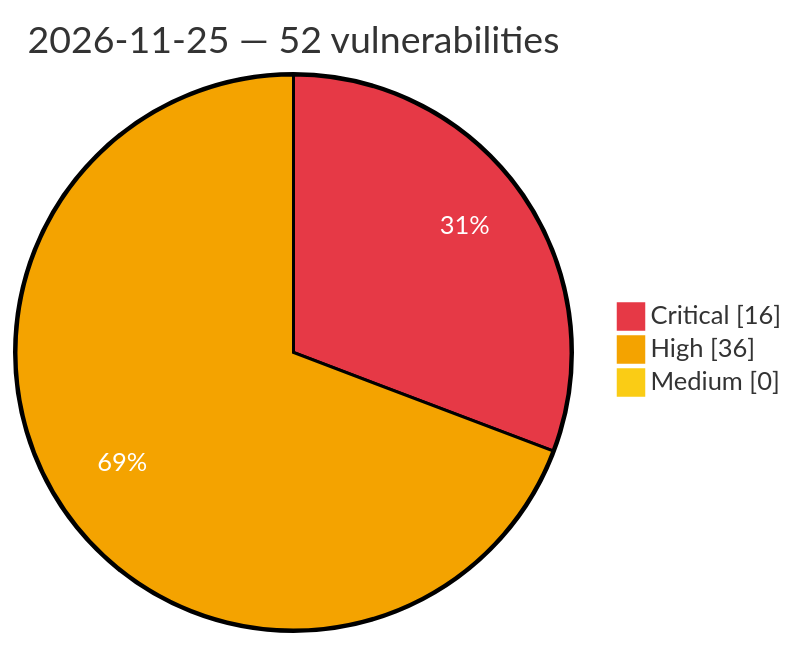
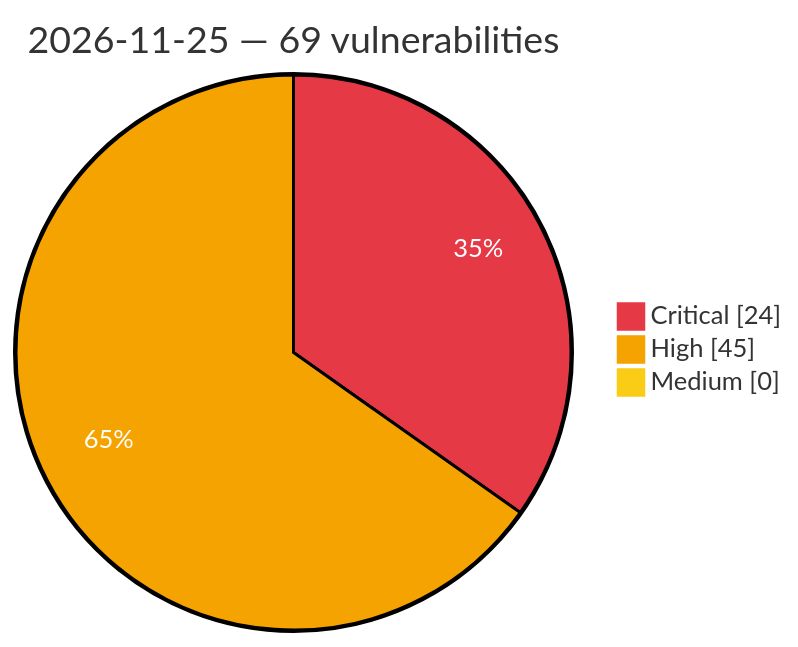
Before and after one commit to GhostX0X/vuln-tracker: the diagram in vulnerabilities/2026/November/2026-11-25.md, drawn with Mermaid. The commit also changed other lines of this file and 8 other files, not shown here.

Commit message:
Auto update: critical/high vulns (2026-11-26 03:08 UTC)

````diff
--- a/vulnerabilities/2026/November/2026-11-25.md
+++ b/vulnerabilities/2026/November/2026-11-25.md
@@ -3,8 +3,8 @@
 ```mermaid
 %%{init: {'theme':'base', 'themeVariables': {'pie1':'#e63946', 'pie2':'#f4a300', 'pie3':'#facc15', 'pieOpacity':'1', 'pieOuterStrokeWidth':'2px', 'pieSectionTextColor':'#ffffff'}}}%%
 pie showData
-    title 2026-11-25 — 52 vulnerabilities
-    "Critical" : 16
-    "High" : 36
+    title 2026-11-25 — 69 vulnerabilities
+    "Critical" : 24
+    "High" : 45
     "Medium" : 0
 ```
````
